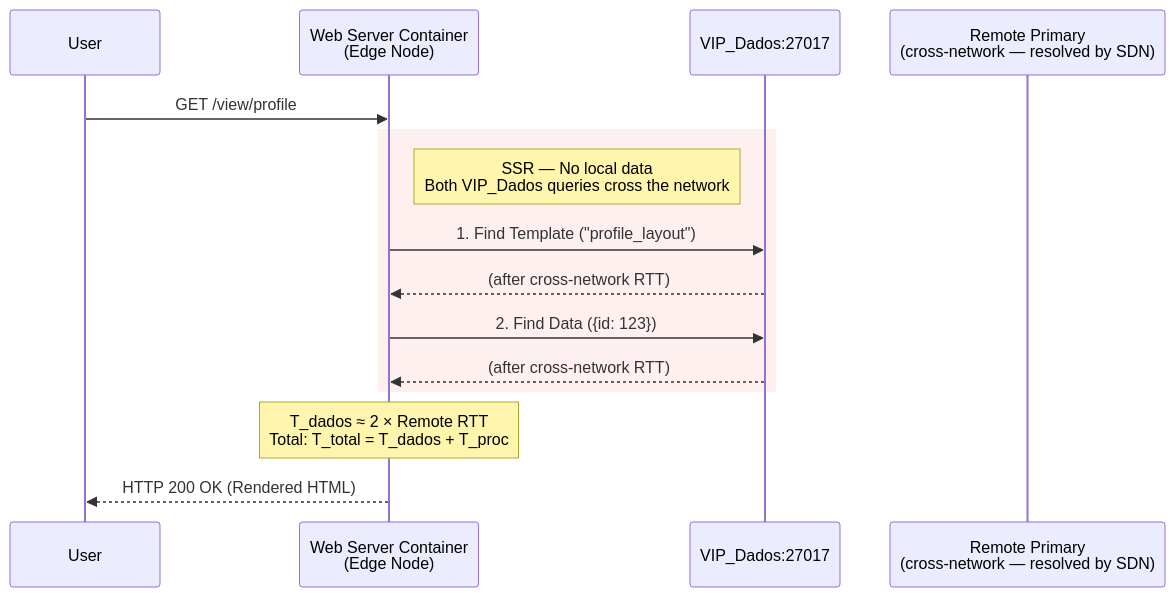
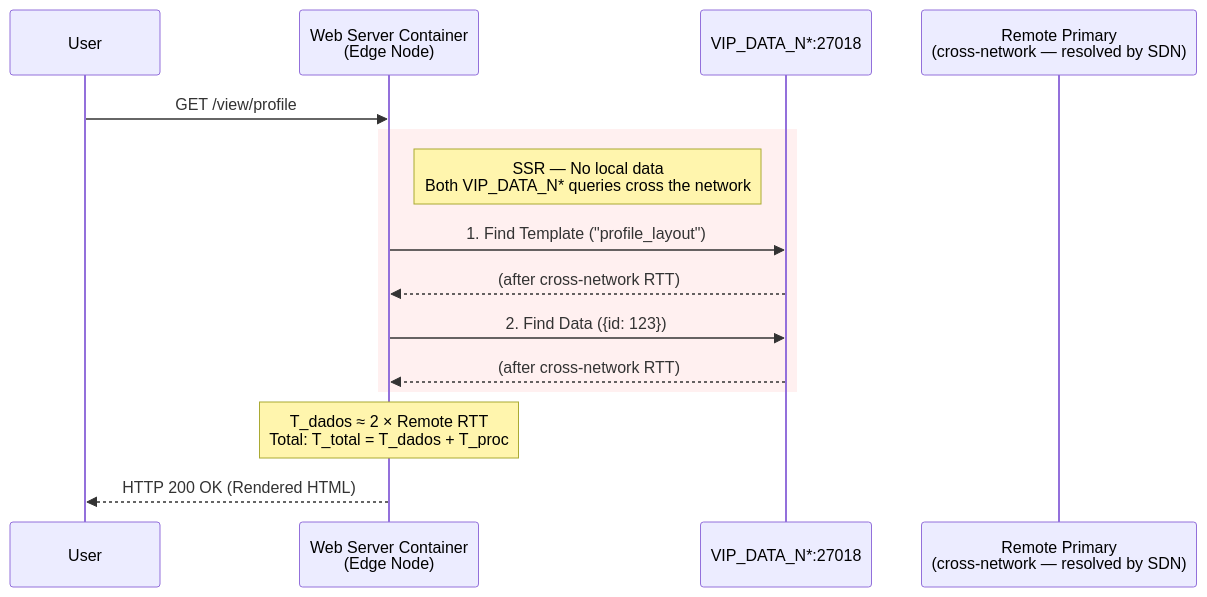
Diagram 20 of 21 in docs/operation/system_scenarios.md (poioe20p/efficient-storage-in-edge-scenarios), drawn with Mermaid before and after one commit. The commit also changed other lines of this file and 28 other files, not shown here.

Commit message:
- setup testing workload - setup http request with connection to db (made some fixes) wrong port and etc - controller was able to vip route both client http to server and server mongodb to db

````diff
--- a/docs/operation/system_scenarios.md
+++ b/docs/operation/system_scenarios.md
@@ -513,20 +499,20 @@
 ```mermaid
 sequenceDiagram
     participant User
     participant App as Web Server Container<br/>(Edge Node)
-    participant VIPd as VIP_Dados:27017
+    participant VIPd as VIP_DATA_N*:27018
     participant RemoteMongo as Remote Primary<br/>(cross-network — resolved by SDN)
 
     User->>App: GET /view/profile
 
     rect rgb(255, 240, 240)
-        Note right of App: SSR — No local data<br/>Both VIP_Dados queries cross the network
+        Note right of App: SSR — No local data<br/>Both VIP_DATA_N* queries cross the network
         App->>VIPd: 1. Find Template ("profile_layout")
         VIPd-->>App: (after cross-network RTT)
         App->>VIPd: 2. Find Data ({id: 123})
         VIPd-->>App: (after cross-network RTT)
     end
 
     Note over App: T_dados ≈ 2 × Remote RTT<br/>Total: T_total = T_dados + T_proc
     App-->>User: HTTP 200 OK (Rendered HTML)
 ```
````
